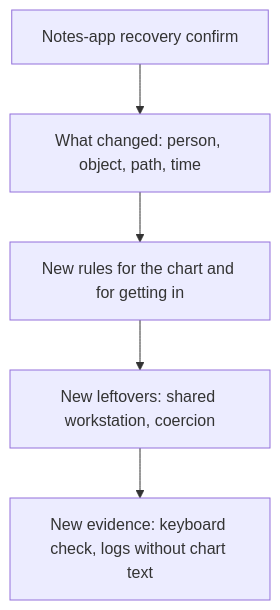
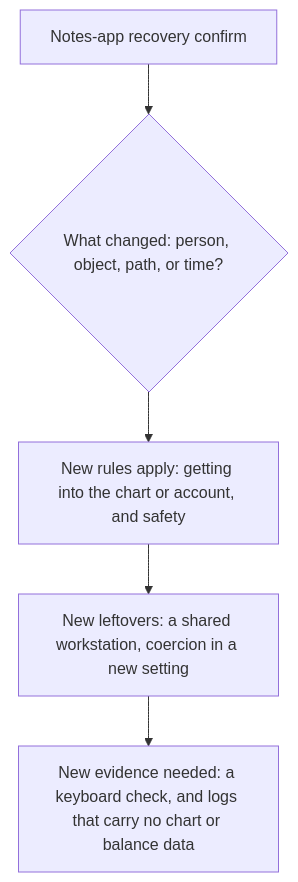
Before and after one commit to ishitvagoel/LearnSecurity: the diagram in content/modules/1/1.4/lessons/07-transfer.md, drawn with Mermaid. The commit also changed other lines of this file and 18 other files, not shown here.

````diff
--- a/content/modules/1/1.4/lessons/07-transfer.md
+++ b/content/modules/1/1.4/lessons/07-transfer.md
@@ -21,7 +14,7 @@
 ```mermaid
 flowchart TD
-  Old[Notes-app recovery confirm] --> Q[What changed: person, object, path, time]
-  Q --> NewI[New rules for the chart and for getting in]
-  NewI --> NewR[New leftovers: shared workstation, coercion]
-  NewR --> Ev[New evidence: keyboard check, logs without chart text]
+  Old[Notes-app recovery confirm] --> Q{What changed: person, object, path, or time?}
+  Q --> NewI[New rules apply: getting into the chart or account, and safety]
+  NewI --> NewR[New leftovers: a shared workstation, coercion in a new setting]
+  NewR --> Ev[New evidence needed: a keyboard check, and logs that carry no chart or balance data]
 ```
````
